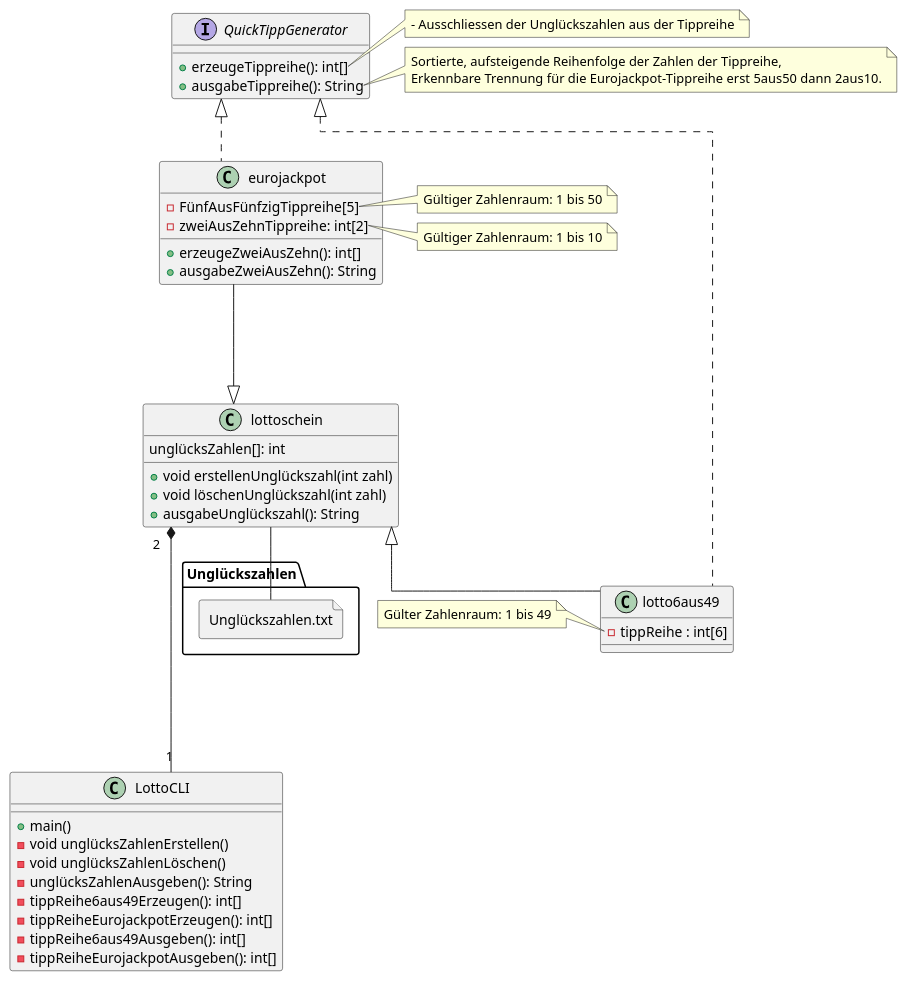
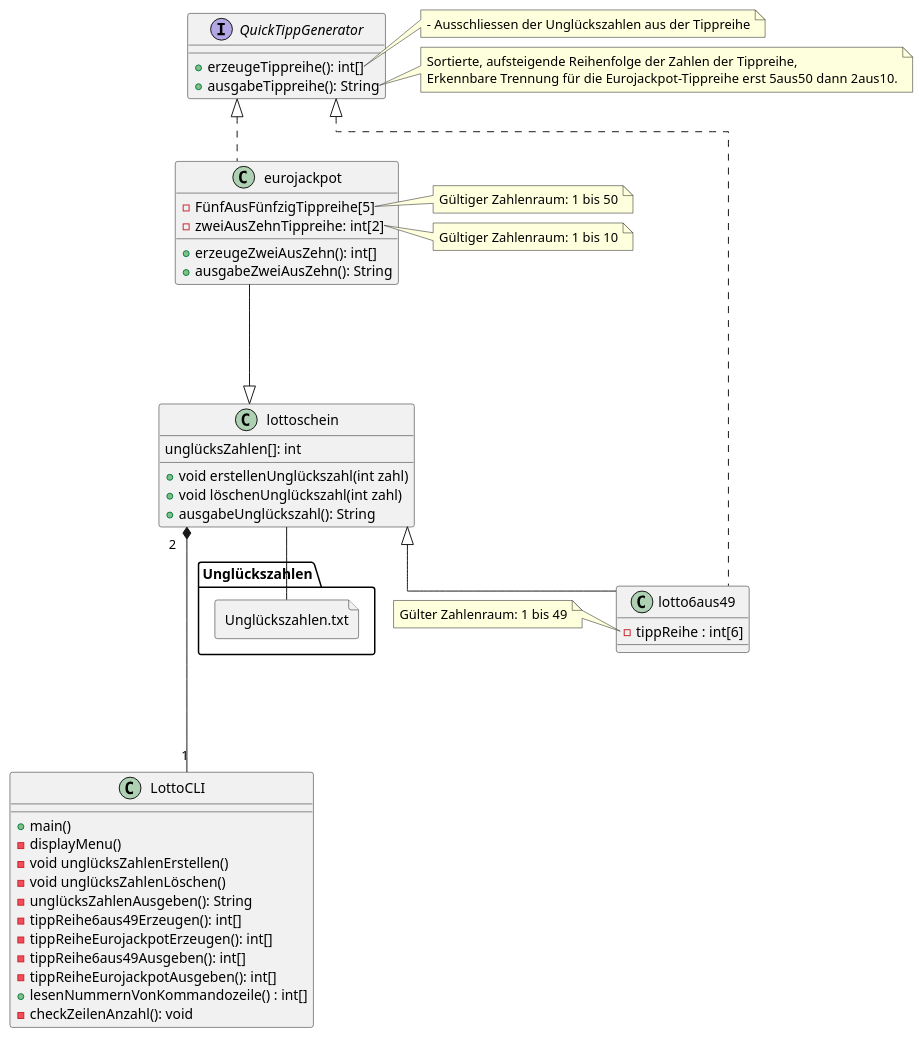
The diagram in lotto_class_diagram.puml (akhalife/lotto), drawn with PlantUML before and after one commit. The commit also changed 9 other files, not shown here.

Commit message:
Addes testcases and readme and changed diagram

```diff
--- a/lotto_class_diagram.puml
+++ b/lotto_class_diagram.puml
@@ -1,87 +1,91 @@
 @startuml
 allowmixing
 skinparam linetype ortho
 
 class LottoCLI {
    + main()
+   - displayMenu()
    - void unglücksZahlenErstellen()
    - void unglücksZahlenLöschen()
    - unglücksZahlenAusgeben(): String
    - tippReihe6aus49Erzeugen(): int[]
    - tippReiheEurojackpotErzeugen(): int[]
    - tippReihe6aus49Ausgeben(): int[]
    - tippReiheEurojackpotAusgeben(): int[]
+   + lesenNummernVonKommandozeile() : int[]
+   - checkZeilenAnzahl(): void
+
 }
 
 class lottoschein{
     unglücksZahlen[]: int
 
     + void erstellenUnglückszahl(int zahl)
     + void löschenUnglückszahl(int zahl)
     + ausgabeUnglückszahl(): String
 }
 
 class lotto6aus49 extends lottoschein implements QuickTippGenerator{
     - tippReihe : int[6]
 }
 
 class eurojackpot extends lottoschein implements QuickTippGenerator{
     - FünfAusFünfzigTippreihe[5]
     - zweiAusZehnTippreihe: int[2]
     + erzeugeZweiAusZehn(): int[]
     + ausgabeZweiAusZehn(): String
     }
 
 interface QuickTippGenerator{
     + erzeugeTippreihe(): int[]
     + ausgabeTippreihe(): String
 }
 
 file "Unglückszahlen.txt"
 
 note right of QuickTippGenerator::erzeugeTippreihe
 - Ausschliessen der Unglückszahlen aus der Tippreihe
 end note
 
 note right of QuickTippGenerator::ausgabeTippreihe
     Sortierte, aufsteigende Reihenfolge der Zahlen der Tippreihe,
     Erkennbare Trennung für die Eurojackpot-Tippreihe erst 5aus50 dann 2aus10.
 end note
 
 note right of LottoCLI::auswahlLottoSpiel
 - Wenn User nichts angibt,
    wird Lotto 6aus49 ausgewählt
 - Ungültiger Eingabeparameter:
    Fehlermeldung mit Usereingabe
 end note
 
 note left of lottoschein::erstellenUnglückszahlen
 - Gültiger Zahlenraum: 1 bis 50
 - Fehlermeldung bei Angabe einer Zahl
    außerhalb des gültigen Zahlenraums:
    Ausgabe des gültigen Zahlenraums
 end note
 
 note left of lotto6aus49::tippReihe
 Gülter Zahlenraum: 1 bis 49
 end note
 
 note left of eurojackpot::FünfAusFünfzigTippreihe
 Gültiger Zahlenraum: 1 bis 50
 end note
 
 note left of eurojackpot::zweiAusZehnTippreihe
 Gültiger Zahlenraum: 1 bis 10
 end note
 
 note right of LottoCLI::tippReihe6aus49Erzeugen
 Solange Tippreihe erzeugen bis User Eingabe stoppt
 end note
 
 eurojackpot -[hidden]-> QuickTippGenerator
 eurojackpot -[hidden]--> lottoschein
 lottoschein "2" *---- "1" LottoCLI
 lottoschein -- "Unglückszahlen.txt"
 
 lottoschein -[hidden]- lotto6aus49
 @enduml
```
